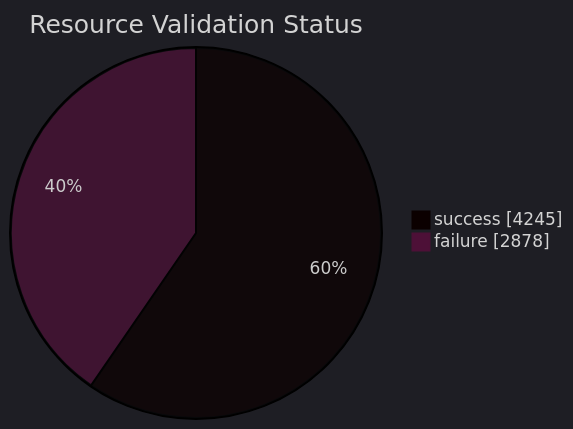
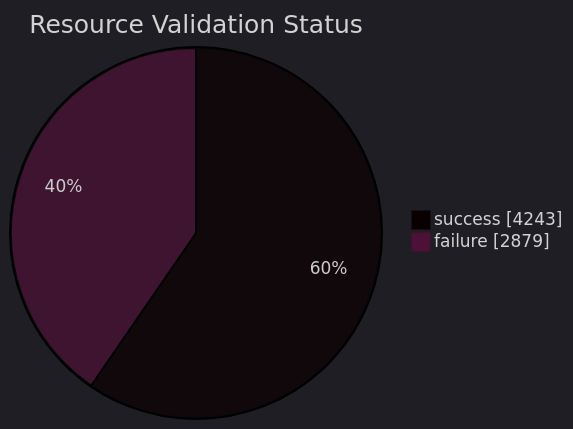
Before and after one commit to open-data/analytics-corporate-reporting: the diagram in datastore_tracker/resource_validation_status_pie_chart.md, drawn with Mermaid. The commit also changed 10 other files, not shown here.

````diff
--- a/datastore_tracker/resource_validation_status_pie_chart.md
+++ b/datastore_tracker/resource_validation_status_pie_chart.md
@@ -2,9 +2,9 @@
 ```mermaid
 ---
 config:
   theme: dark
 ---
 pie showData title Resource Validation Status
-    "success": 4245
-    "failure": 2878
+    "success": 4243
+    "failure": 2879
 ```
````
